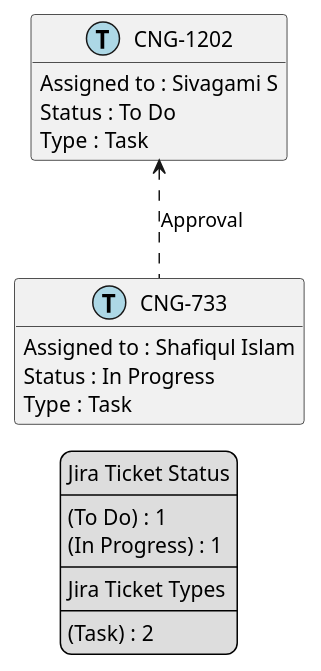
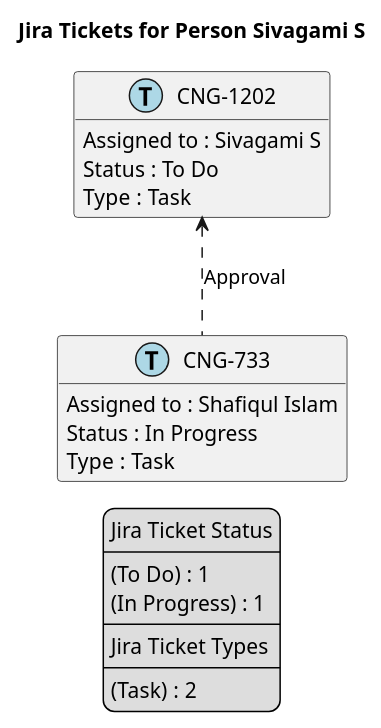
One commit to brunasti/jiraplotter changed the diagram in temp/jira-Person-Sivagami_S.puml. Above: the diagram before and after it, drawn with PlantUML. The commit also changed 67 other files, not shown here.

Commit message:
Adds title in diagrams

```diff
--- a/temp/jira-Person-Sivagami_S.puml
+++ b/temp/jira-Person-Sivagami_S.puml
@@ -1,40 +1,41 @@
 @startuml
 'https://plantuml.com/class-diagram
 
 ' GENERATE CLASS DIAGRAM ===========
-' Generated at    : Thu Apr 18 10:28:35 CEST 2024
+' Generated at    : Thu Apr 18 11:01:10 CEST 2024
 
+title Jira Tickets for Person Sivagami S
 hide empty members
 
 legend
 Jira Ticket Status
 ----
 (To Do) : 1
 (In Progress) : 1
 ----
 Jira Ticket Types
 ----
 (Task) : 2
 end legend
 
 
 ' Tickets =======
 class "CNG-1202" << (T,lightblue) >> {
   Assigned to : Sivagami S
   Status : To Do
   Type : Task
 }
 
 class "CNG-733" << (T,lightblue) >> {
   Assigned to : Shafiqul Islam
   Status : In Progress
   Type : Task
 }
 
 
 
 ' Links =======
 "CNG-1202" <.. "CNG-733" : Approval
 
 
 @enduml
```
